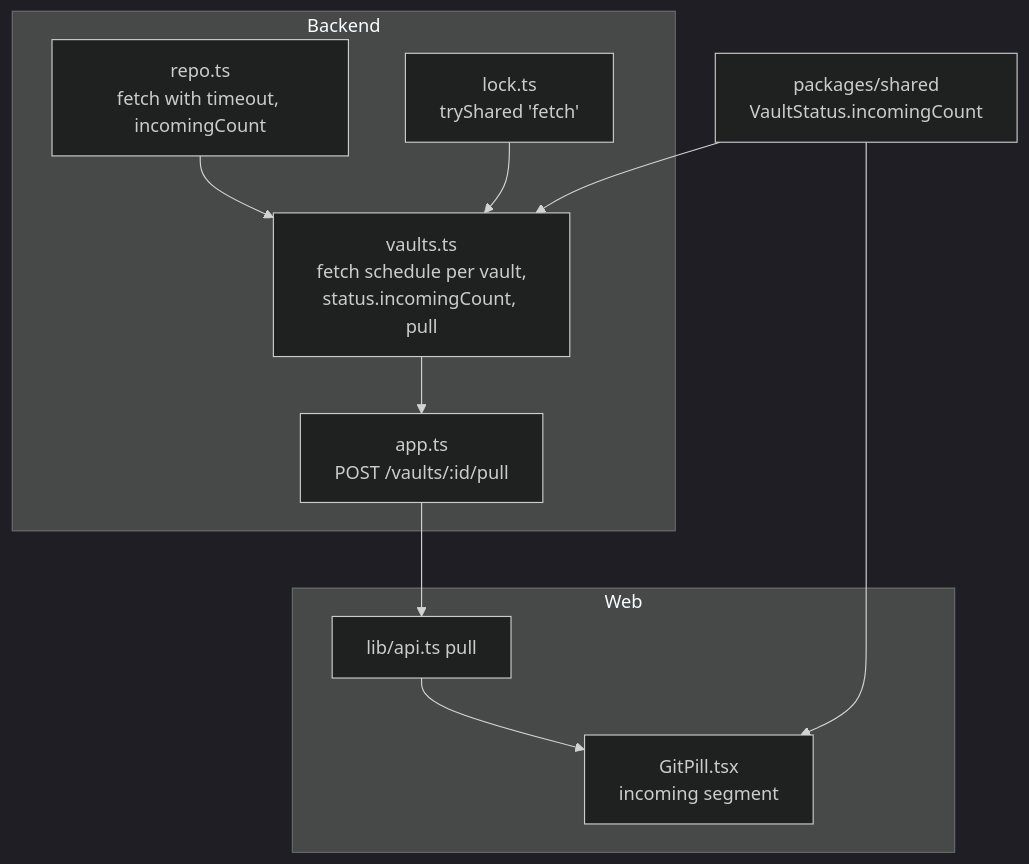
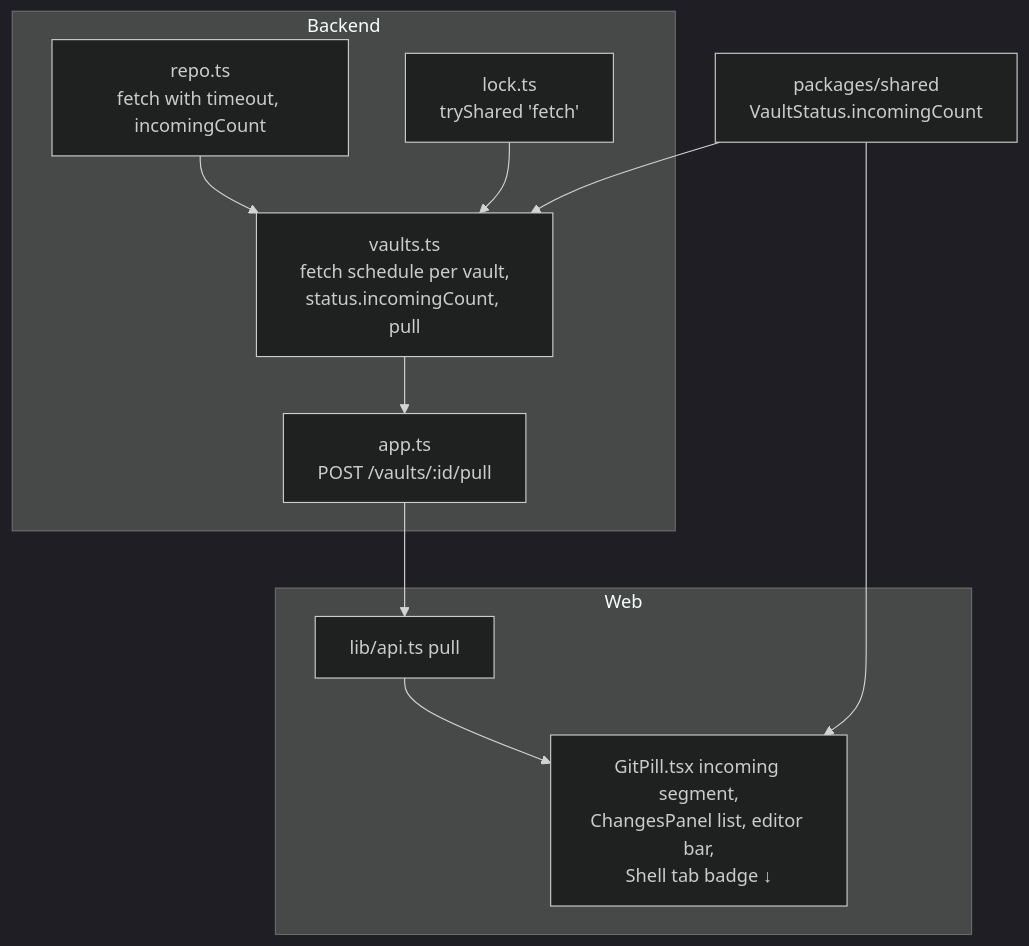
The second of 2 diagrams in specs/changes/remote-changes/proposal.md (tillg/karpathy.app), drawn with Mermaid (dark theme) before and after one commit. The commit also changed other lines of this file and 3 other files, not shown here.

Commit message:
spec(remote-changes): incoming file list, open-note bar, phone badge

````diff
--- a/specs/changes/remote-changes/proposal.md
+++ b/specs/changes/remote-changes/proposal.md
@@ -104,20 +115,20 @@
 ```mermaid
 flowchart TD
     subgraph Backend
       R[repo.ts<br/>fetch with timeout, incomingCount]
       L[lock.ts<br/>tryShared 'fetch']
       V[vaults.ts<br/>fetch schedule per vault,<br/>status.incomingCount, pull]
       A[app.ts<br/>POST /vaults/:id/pull]
     end
     S[packages/shared<br/>VaultStatus.incomingCount]
     subgraph Web
       API[lib/api.ts pull]
-      P[GitPill.tsx<br/>incoming segment]
+      P[GitPill.tsx incoming segment,<br/>ChangesPanel list, editor bar,<br/>Shell tab badge ↓]
     end
     R --> V
     L --> V
     V --> A
     S --> V
     S --> P
     A --> API --> P
 ```
````
